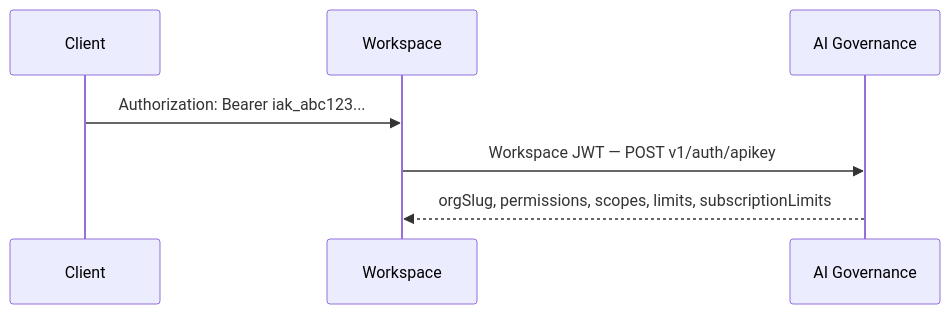
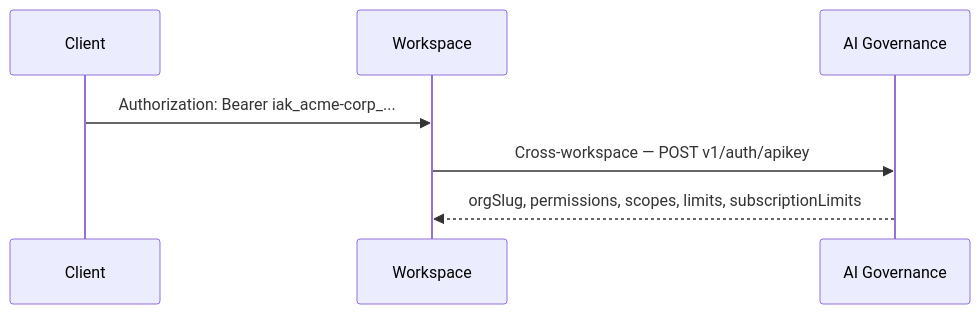
Before and after one commit to prismeai/docs: the first of 6 diagrams in architecture/authentication.mdx, drawn with Mermaid. The commit also changed other lines of this file and 33 other files, not shown here.

````diff
--- a/architecture/authentication.mdx
+++ b/architecture/authentication.mdx
@@ -42,10 +89,10 @@
 ```mermaid
 sequenceDiagram
     participant C as Client
     participant W as Workspace
     participant G as AI Governance
 
-    C->>W: Authorization: Bearer iak_abc123...
-    W->>G: Workspace JWT — POST v1/auth/apikey
+    C->>W: Authorization: Bearer iak_acme-corp_...
+    W->>G: Cross-workspace — POST v1/auth/apikey
     G-->>W: orgSlug, permissions, scopes, limits, subscriptionLimits
 ```
````
